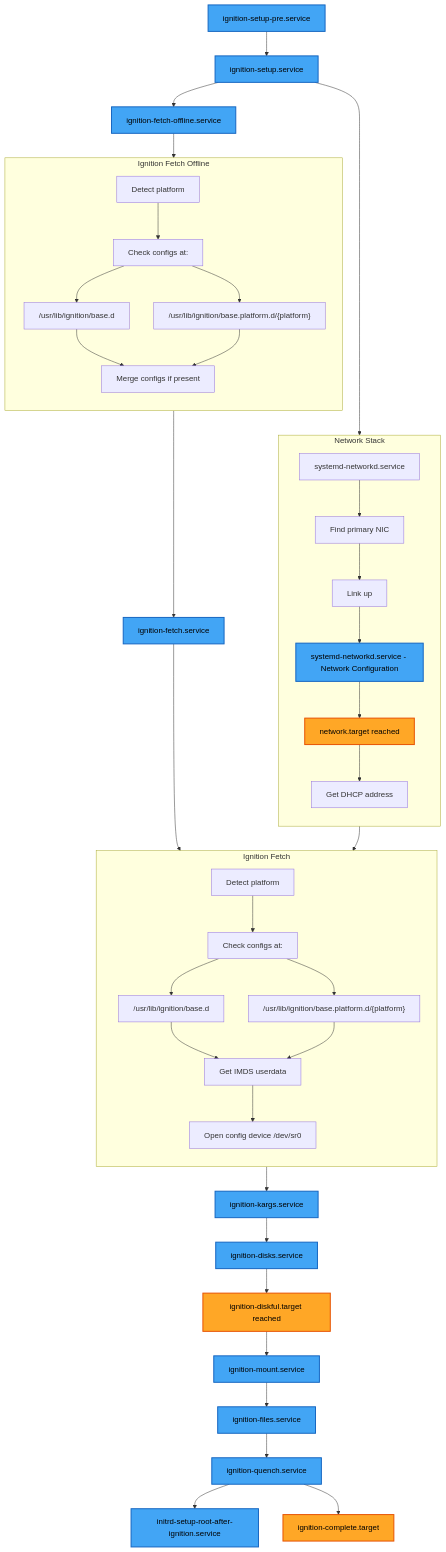
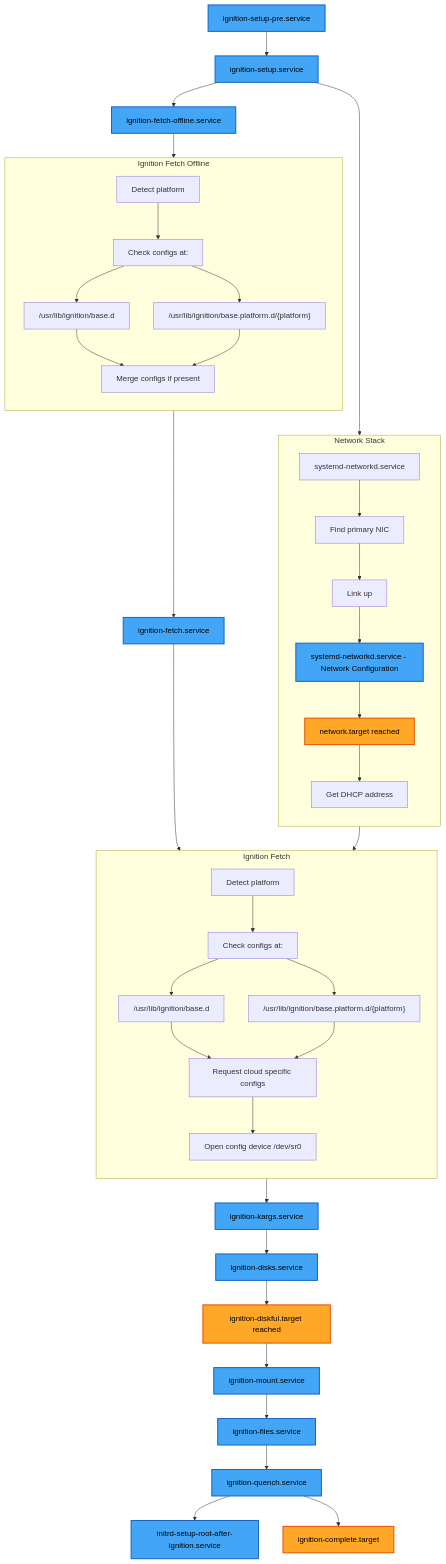
The diagram in docs/ignition-flow.md (coreos/ignition), drawn with Mermaid before and after one commit.

Commit message:
Remove IMDS call

````diff
--- a/docs/ignition-flow.md
+++ b/docs/ignition-flow.md
@@ -1,79 +1,79 @@
 ```mermaid
 flowchart TB
     %% ===== IGNITION BOOT FLOW =====
     
     %% --- Early Boot ---
     A["ignition-setup-pre.service"] --> B["ignition-setup.service"]
     B --> C["ignition-fetch-offline.service"]
     
     %% --- Fetch Offline Details ---
     subgraph FETCH_OFFLINE ["Ignition Fetch Offline"]
         direction TB
         C0["Detect platform"]
         C1["Check configs at:"]
         C2["/usr/lib/ignition/base.d"]
         C3["/usr/lib/ignition/base.platform.d/{platform}"]
         C0 --> C1
         C1 --> C2
         C1 --> C3
         C4["Merge configs if present"]
         C2 --> C4
         C3 --> C4
     end
     C --> FETCH_OFFLINE
     
     FETCH_OFFLINE --> D["ignition-fetch.service"]
     
     %% --- Fetch Service Details ---
     subgraph FETCH_ONLINE ["Ignition Fetch"]
         direction TB
         D0["Detect platform"]
         D1["Check configs at:"]
         D1a["/usr/lib/ignition/base.d"]
         D1b["/usr/lib/ignition/base.platform.d/{platform}"]
         D0 --> D1
         D1 --> D1a
         D1 --> D1b
-        D2["Get IMDS userdata"]
+        D2["Request cloud specific configs"]
         D3["Open config device /dev/sr0"]
         D1a --> D2
         D1b --> D2
         D2 --> D3
     end
     D --> FETCH_ONLINE
     
     %% --- Network Stack ---
     subgraph NETWORK ["Network Stack"]
         direction TB
         N1["systemd-networkd.service"]
         N2["Find primary NIC"]
         N3["Link up"]
         N4["systemd-networkd.service - Network Configuration"]
         N5["network.target reached"]
         N6["Get DHCP address"]
         N1 --> N2 --> N3 --> N4 --> N5 --> N6
     end
     B --> NETWORK
     NETWORK --> FETCH_ONLINE
     
     %% --- Disk & Mount Services ---
     FETCH_ONLINE --> E["ignition-kargs.service"]
     E --> F["ignition-disks.service"]
     F --> G["ignition-diskful.target reached"]
     G --> H["ignition-mount.service"]
     
     %% --- Files & Users ---
     H --> I["ignition-files.service"]
     I --> J["ignition-quench.service"]
     J --> K["initrd-setup-root-after-ignition.service"]
     J --> L["ignition-complete.target"]
     
     %% ===== STYLING =====
     classDef service fill:#42a5f5,stroke:#1565c0,stroke-width:2px,color:#000
     classDef target fill:#ffa726,stroke:#e65100,stroke-width:2px,color:#000
     classDef ideas fill:#fff59d,stroke:#f57f17,color:#000
     classDef concerns fill:#ef9a9a,stroke:#c62828,color:#000
     
     class A,B,C,D,E,F,H,I,J,K,N4 service
     class G,L,N5 target
 ```
````
